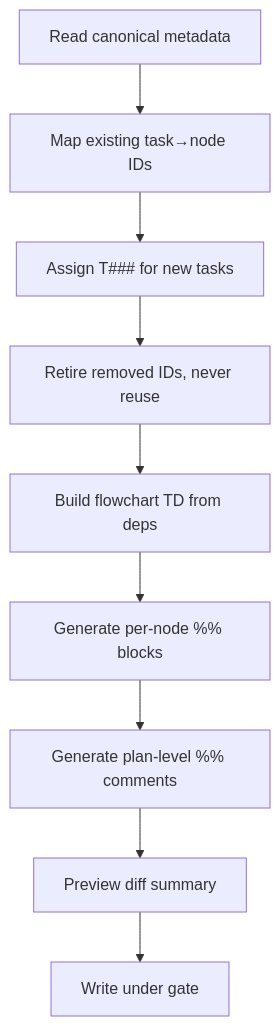
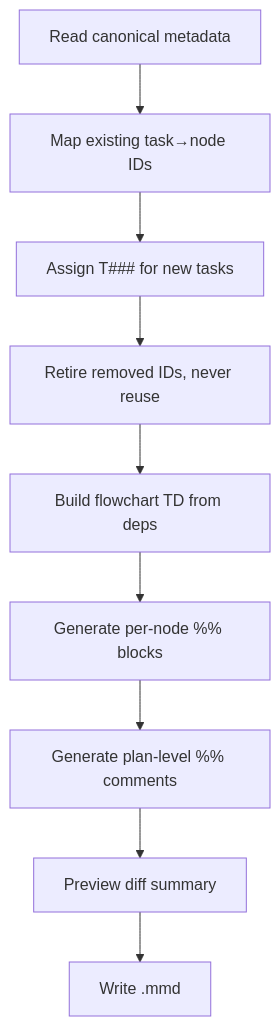
The fourth of 4 diagrams in opencode/spoc/skills/to-diagram/SKILL.md (rryando/SPOC), drawn with Mermaid before and after one commit. The commit also changed other lines of this file and 3 other files, not shown here.

Commit message:
fix(skills): keywords comma format, remove write-gate from to-diagram

````diff
--- a/opencode/spoc/skills/to-diagram/SKILL.md
+++ b/opencode/spoc/skills/to-diagram/SKILL.md
@@ -70,11 +70,11 @@
 ```mermaid
 flowchart TD
     ReadMeta[Read canonical metadata] --> MapIDs[Map existing task→node IDs]
     MapIDs --> AssignNew[Assign T### for new tasks]
     AssignNew --> Retire[Retire removed IDs, never reuse]
     Retire --> BuildGraph[Build flowchart TD from deps]
     BuildGraph --> GenNodeMeta[Generate per-node %% blocks]
     GenNodeMeta --> GenHeader[Generate plan-level %% comments]
     GenHeader --> Preview[Preview diff summary]
-    Preview --> WriteGate[Write under gate]
+    Preview --> Write[Write .mmd]
 ```
````
